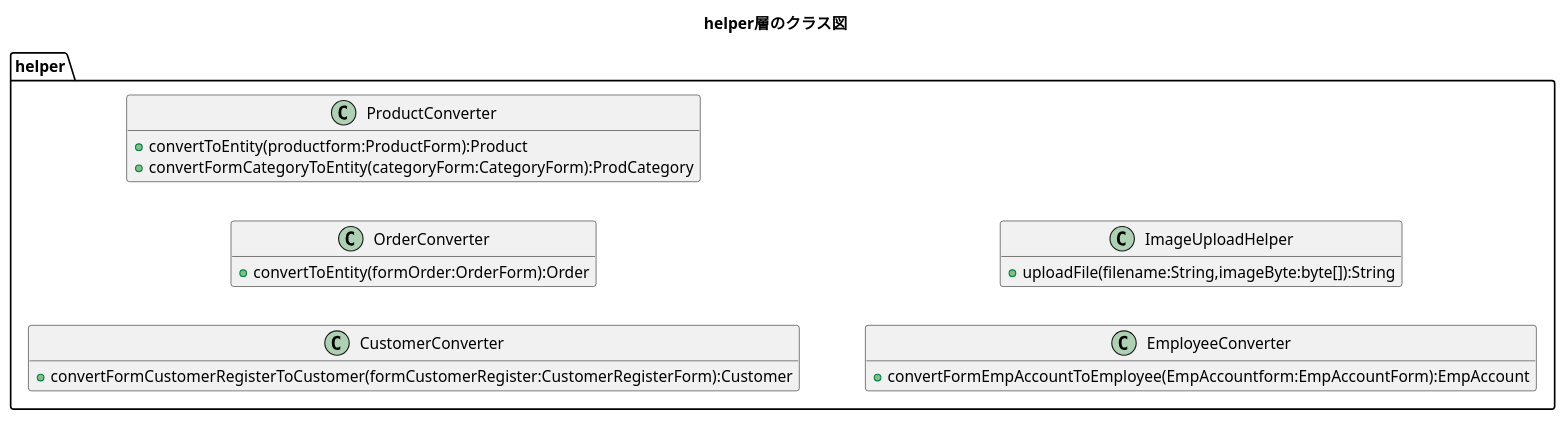
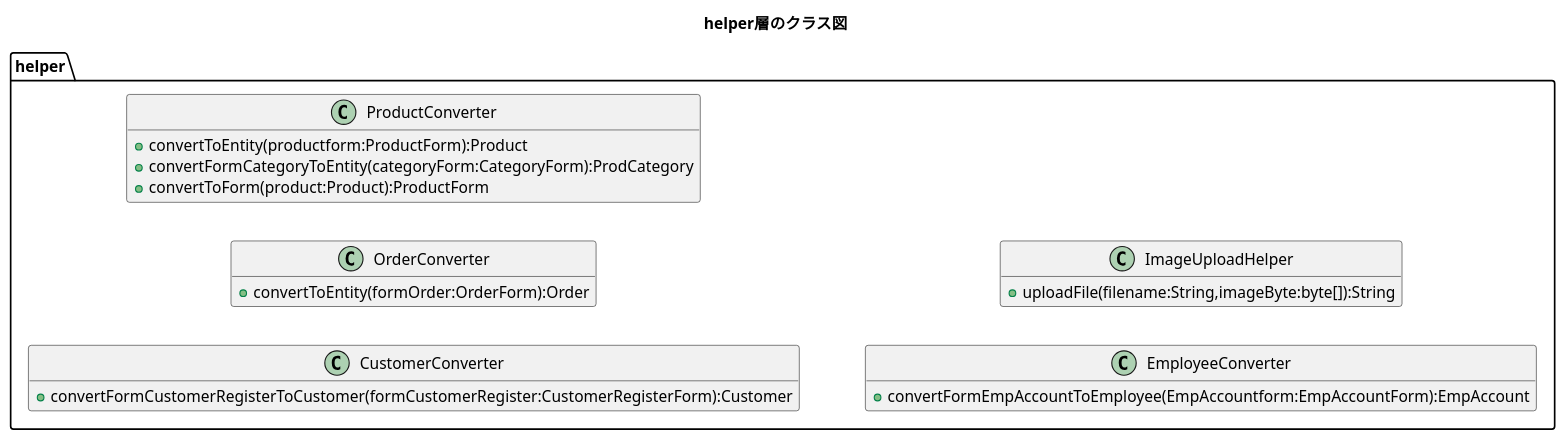
Before and after one commit to kanavii3333/ec-b: the diagram in plan/uml/class/helper.plantuml, drawn with PlantUML. The commit also changed 5 other files, not shown here.

```diff
--- a/plan/uml/class/helper.plantuml
+++ b/plan/uml/class/helper.plantuml
@@ -1,28 +1,29 @@
 @startuml
 title helper層のクラス図
 hide empty members
 left to right direction
 
 package helper{
     class CustomerConverter{
         +convertFormCustomerRegisterToCustomer(formCustomerRegister:CustomerRegisterForm):Customer
     }
 
     class OrderConverter{
         +convertToEntity(formOrder:OrderForm):Order
     }
 
     class ProductConverter{
         +convertToEntity(productform:ProductForm):Product
         +convertFormCategoryToEntity(categoryForm:CategoryForm):ProdCategory
+        +convertToForm(product:Product):ProductForm
     }
 
     class EmployeeConverter{
         +convertFormEmpAccountToEmployee(EmpAccountform:EmpAccountForm):EmpAccount
     }
     
     class ImageUploadHelper{
     	+uploadFile(filename:String,imageByte:byte[]):String
     }
 }
 @enduml
```
